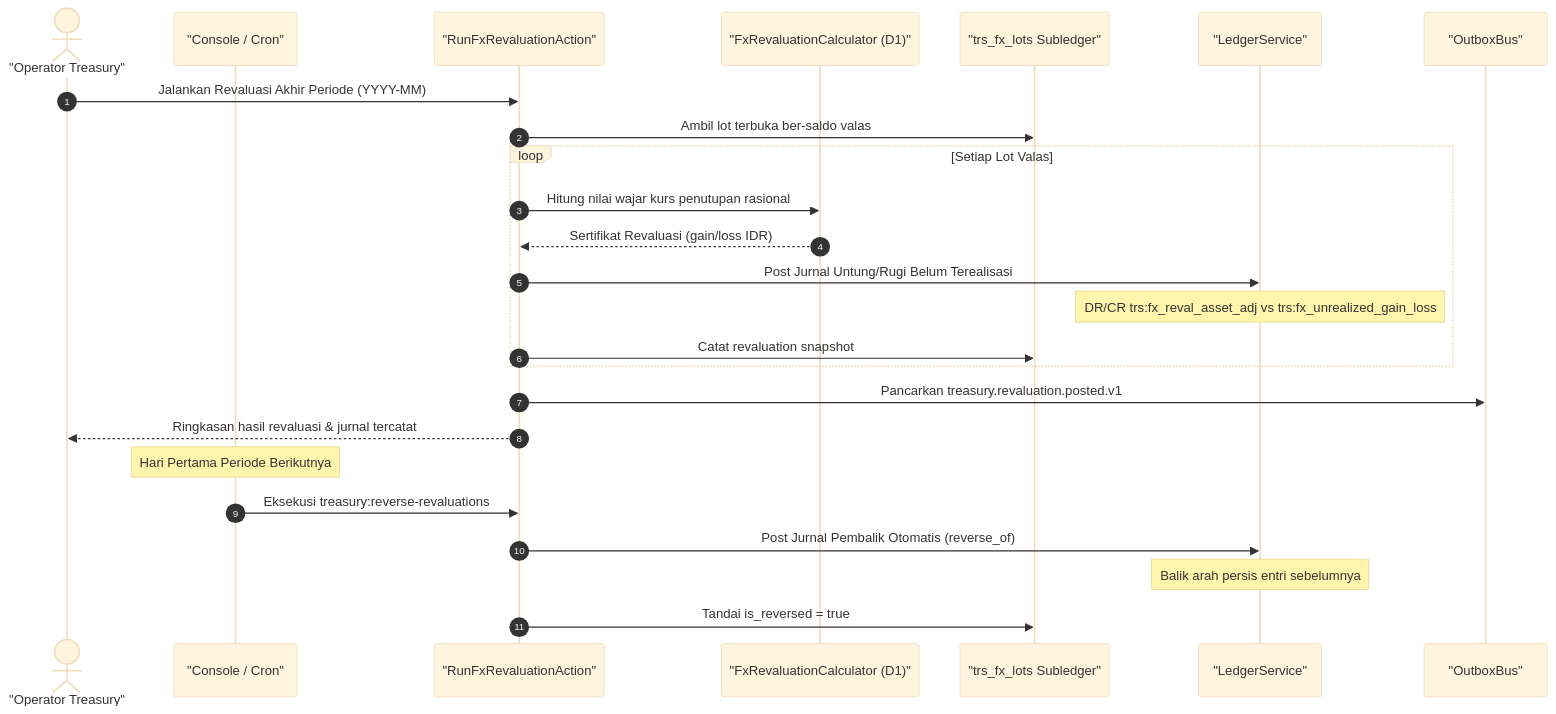
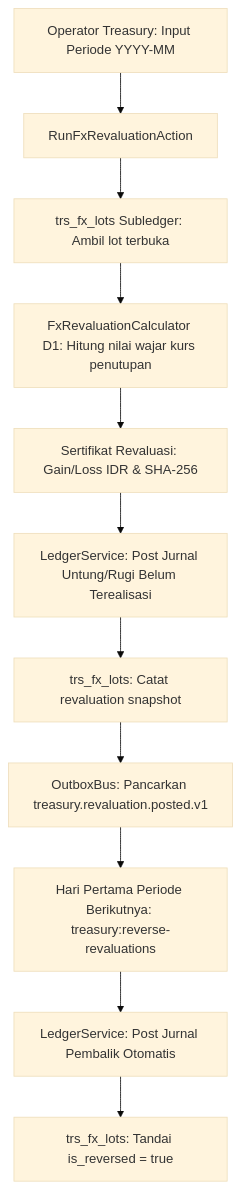
The first of 4 diagrams in docs/design/fase-48.md (Orls967/SuperWeb), drawn with Mermaid (base theme) before and after one commit. The commit also changed other lines of this file and 55 other files, not shown here.

````diff
--- a/docs/design/fase-48.md
+++ b/docs/design/fase-48.md
@@ -21,29 +21,13 @@
 ```mermaid
-sequenceDiagram
-    autonumber
-    actor TreasuryOfficer as "Operator Treasury"
-    participant Scheduler as "Console / Cron"
-    participant RevalAction as "RunFxRevaluationAction"
-    participant Calculator as "FxRevaluationCalculator (D1)"
-    participant FxLots as "trs_fx_lots Subledger"
-    participant LedgerSvc as "LedgerService"
-    participant Outbox as "OutboxBus"
-
-    TreasuryOfficer->>RevalAction: Jalankan Revaluasi Akhir Periode (YYYY-MM)
-    RevalAction->>FxLots: Ambil lot terbuka ber-saldo valas
-    loop Setiap Lot Valas
-        RevalAction->>Calculator: Hitung nilai wajar kurs penutupan rasional
-        Calculator-->>RevalAction: Sertifikat Revaluasi (gain/loss IDR)
-        RevalAction->>LedgerSvc: Post Jurnal Untung/Rugi Belum Terealisasi
-        Note over LedgerSvc: DR/CR trs:fx_reval_asset_adj vs trs:fx_unrealized_gain_loss
-        RevalAction->>FxLots: Catat revaluation snapshot
-    end
-    RevalAction->>Outbox: Pancarkan treasury.revaluation.posted.v1
-    RevalAction-->>TreasuryOfficer: Ringkasan hasil revaluasi & jurnal tercatat
-
-    Note over Scheduler: Hari Pertama Periode Berikutnya
-    Scheduler->>RevalAction: Eksekusi treasury:reverse-revaluations
-    RevalAction->>LedgerSvc: Post Jurnal Pembalik Otomatis (reverse_of)
-    Note over LedgerSvc: Balik arah persis entri sebelumnya
-    RevalAction->>FxLots: Tandai is_reversed = true
+flowchart TD
+    A["Operator Treasury: Input Periode YYYY-MM"] --> B["RunFxRevaluationAction"]
+    B --> C["trs_fx_lots Subledger: Ambil lot terbuka"]
+    C --> D["FxRevaluationCalculator D1: Hitung nilai wajar kurs penutupan"]
+    D --> E["Sertifikat Revaluasi: Gain/Loss IDR & SHA-256"]
+    E --> F["LedgerService: Post Jurnal Untung/Rugi Belum Terealisasi"]
+    F --> G["trs_fx_lots: Catat revaluation snapshot"]
+    G --> H["OutboxBus: Pancarkan treasury.revaluation.posted.v1"]
+    H --> I["Hari Pertama Periode Berikutnya: treasury:reverse-revaluations"]
+    I --> J["LedgerService: Post Jurnal Pembalik Otomatis"]
+    J --> K["trs_fx_lots: Tandai is_reversed = true"]
 ```
````
